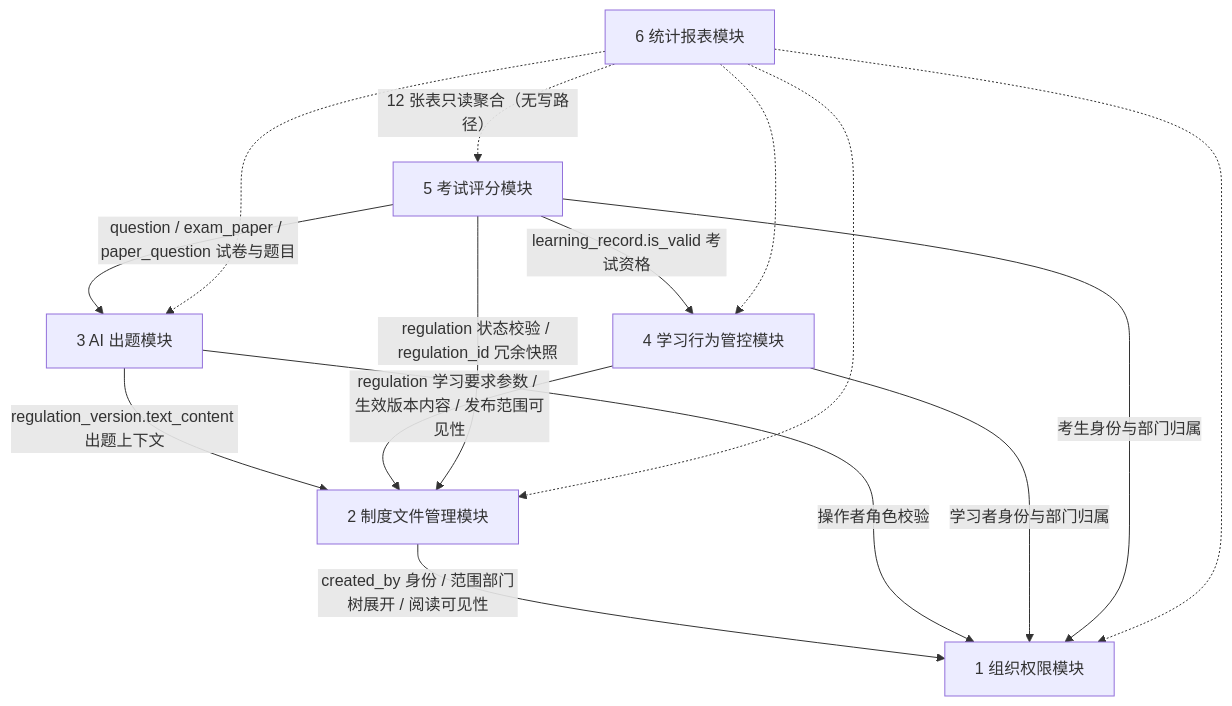
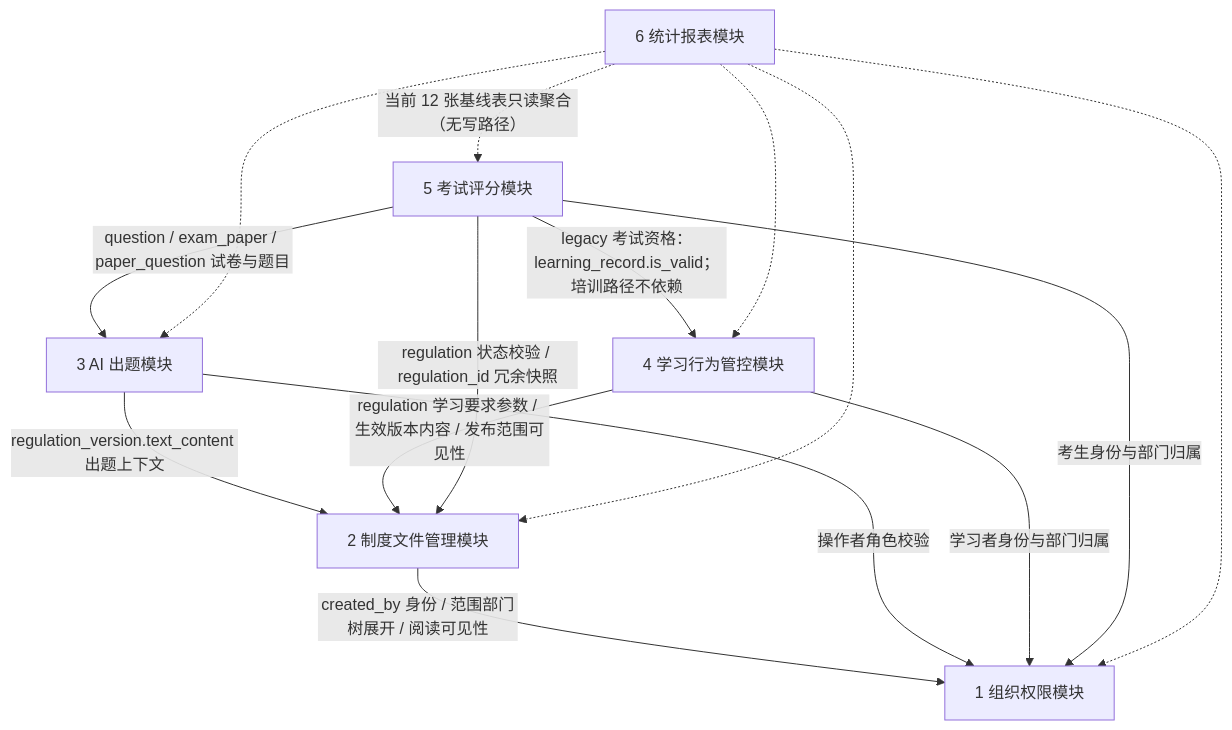
One commit to caoguanjie/emodor-exam changed the second of 19 diagrams in docs/design/05-模块设计.md. Above: the diagram before and after it, drawn with Mermaid. The commit also changed other lines of this file and 9 other files, not shown here.

````diff
--- a/docs/design/05-模块设计.md
+++ b/docs/design/05-模块设计.md
@@ -52,23 +54,23 @@
 ```mermaid
 graph TB
     M6["6 统计报表模块"]
     M5["5 考试评分模块"]
     M4["4 学习行为管控模块"]
     M3["3 AI 出题模块"]
     M2["2 制度文件管理模块"]
     M1["1 组织权限模块"]
     M2 -->|"created_by 身份 / 范围部门树展开 / 阅读可见性"| M1
     M3 -->|"regulation_version.text_content 出题上下文"| M2
     M3 -->|"操作者角色校验"| M1
     M4 -->|"regulation 学习要求参数 / 生效版本内容 / 发布范围可见性"| M2
     M4 -->|"学习者身份与部门归属"| M1
-    M5 -->|"learning_record.is_valid 考试资格"| M4
+    M5 -->|"legacy 考试资格：learning_record.is_valid；培训路径不依赖"| M4
     M5 -->|"question / exam_paper / paper_question 试卷与题目"| M3
     M5 -->|"regulation 状态校验 / regulation_id 冗余快照"| M2
     M5 -->|"考生身份与部门归属"| M1
-    M6 -.->|"12 张表只读聚合（无写路径）"| M5
+    M6 -.->|"当前 12 张基线表只读聚合（无写路径）"| M5
     M6 -.-> M4
     M6 -.-> M3
     M6 -.-> M2
     M6 -.-> M1
 ```
````
